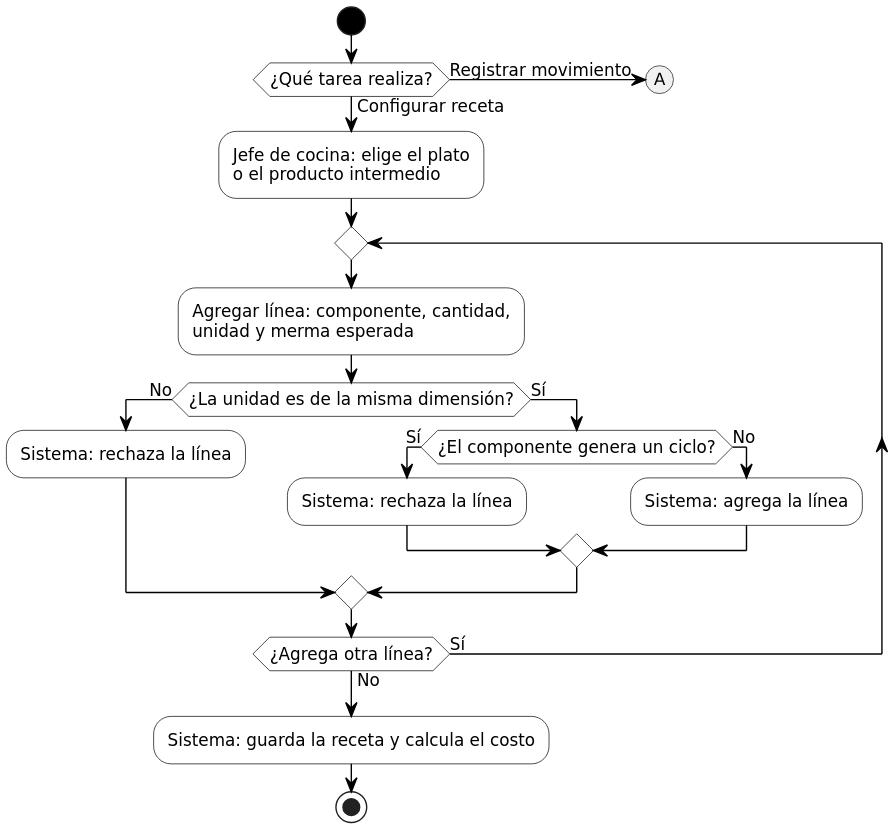
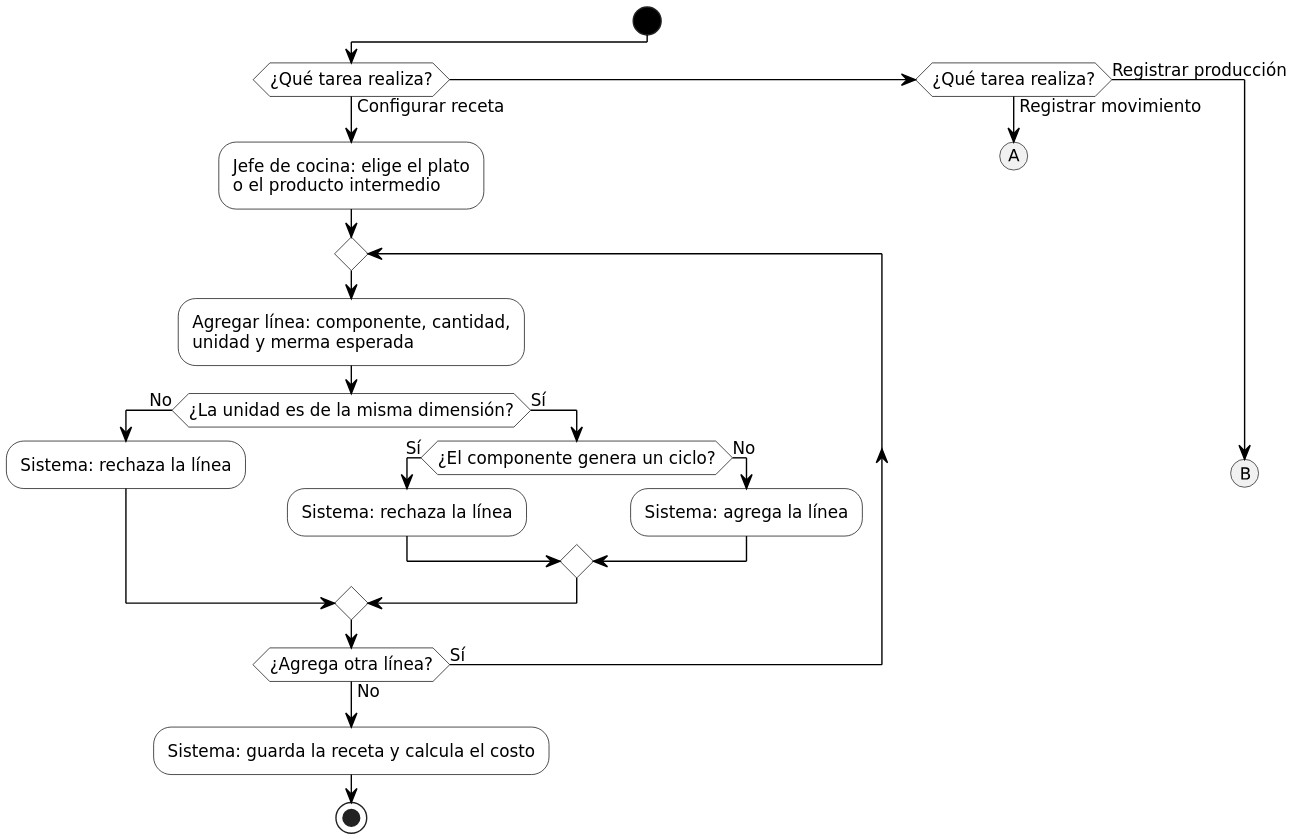
Before and after one commit to GabrielLigresti/TFG-PGIM: the diagram in docs/modelos/actividad/4-gestion-de-stock/v1/act-4-gestion-de-stock-v1-parte1.puml, drawn with PlantUML. The commit also changed 26 other files, not shown here.

```diff
--- a/docs/modelos/actividad/4-gestion-de-stock/v1/act-4-gestion-de-stock-v1-parte1.puml
+++ b/docs/modelos/actividad/4-gestion-de-stock/v1/act-4-gestion-de-stock-v1-parte1.puml
@@ -1,44 +1,47 @@
 @startuml act-4-gestion-de-stock-v1-parte1
 ' Diagrama de actividades, formato Vialia (sin carriles; el actor va en el texto).
 ' Dividido en partes para el documento; los conectores (A), (B)... unen las partes.
 skinparam dpi 220
 skinparam defaultFontName DejaVu Sans
 skinparam defaultFontSize 12
 skinparam shadowing false
 skinparam ArrowColor #000000
 skinparam activity {
   BackgroundColor #FFFFFF
   BorderColor #000000
   DiamondBackgroundColor #FFFFFF
   DiamondBorderColor #000000
   StartColor #000000
   EndColor #000000
 }
 skinparam circledCharacter {
   FontSize 12
 }
 
 start
 if (¿Qué tarea realiza?) then (Configurar receta)
   :Jefe de cocina: elige el plato
   o el producto intermedio;
   repeat
     :Agregar línea: componente, cantidad,
     unidad y merma esperada;
     if (¿La unidad es de la misma dimensión?) then (No)
       :Sistema: rechaza la línea;
     else (Sí)
       if (¿El componente genera un ciclo?) then (Sí)
         :Sistema: rechaza la línea;
       else (No)
         :Sistema: agrega la línea;
       endif
     endif
   repeat while (¿Agrega otra línea?) is (Sí) not (No)
   :Sistema: guarda la receta y calcula el costo;
   stop
-else (Registrar movimiento)
+elseif (¿Qué tarea realiza?) then (Registrar movimiento)
   (A)
+  detach
+else (Registrar producción)
+  (B)
   detach
 endif
 @enduml
```
